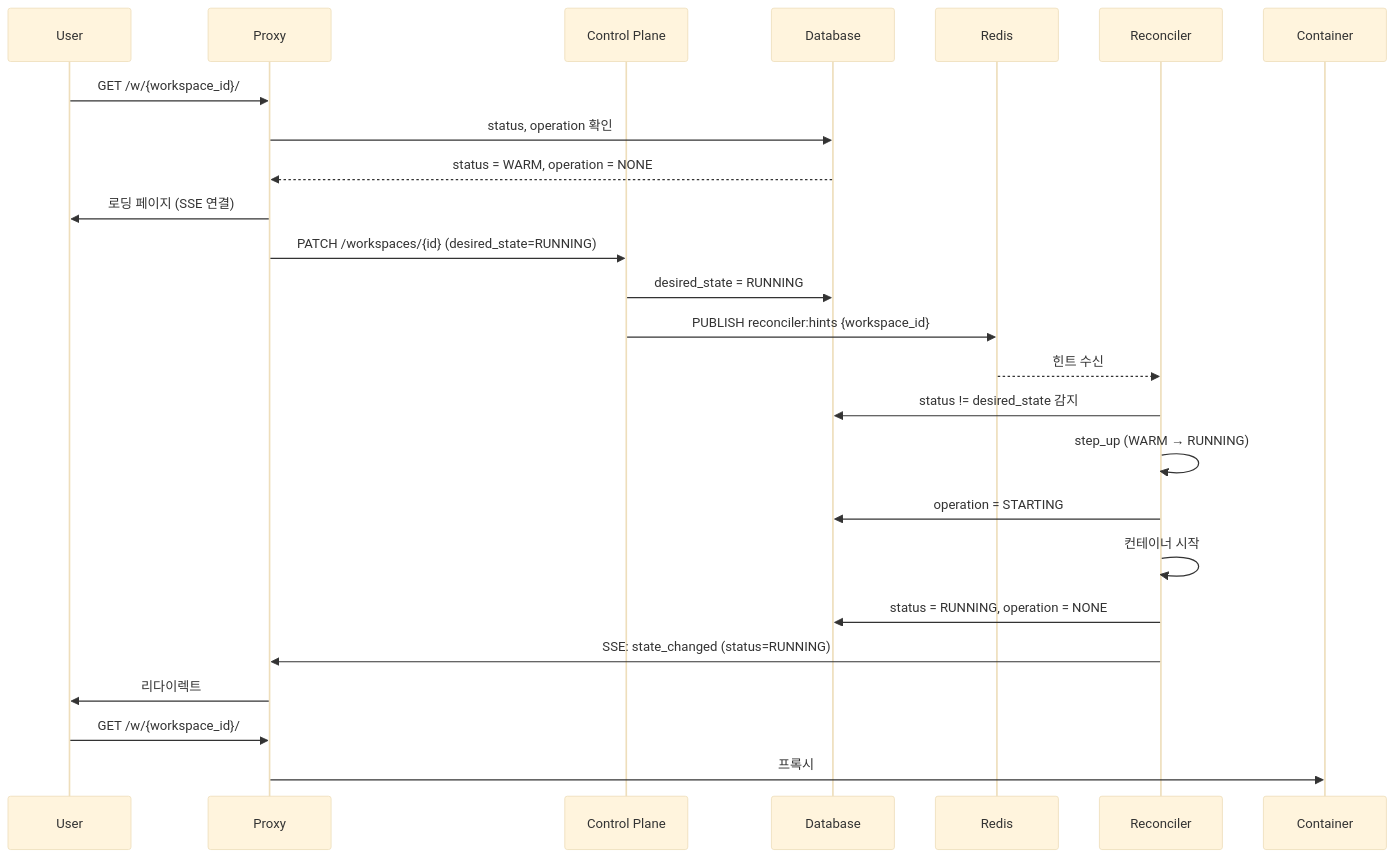
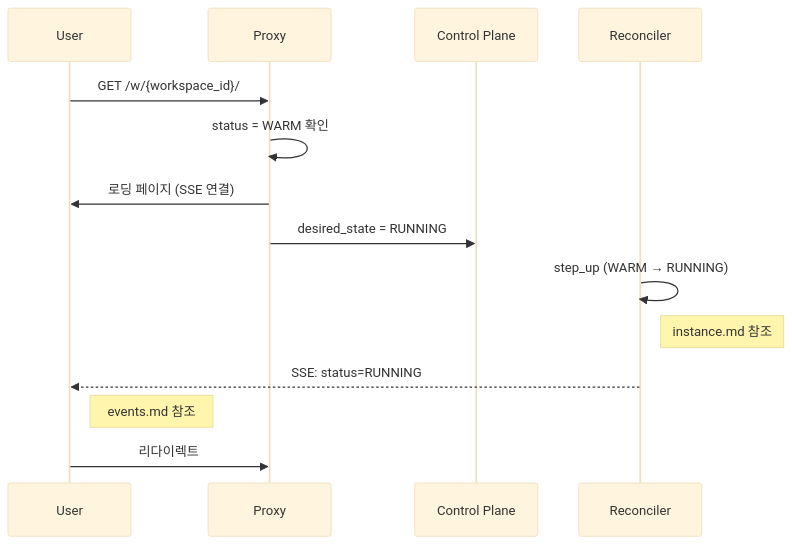
Before and after one commit to cagojeiger/code-hub: the second of 9 diagrams in docs/spec_v2/flows.md, drawn with Mermaid (base theme). The commit also changed other lines of this file and 6 other files, not shown here.

First line of the commit message:
docs(spec_v2): refactor into layered architecture

````diff
--- a/docs/spec_v2/flows.md
+++ b/docs/spec_v2/flows.md
@@ -64,30 +54,19 @@
 ```mermaid
 sequenceDiagram
     participant U as User
     participant P as Proxy
     participant API as Control Plane
-    participant DB as Database
-    participant Redis as Redis
     participant R as Reconciler
 
     U->>P: GET /w/{workspace_id}/
-    P->>DB: status, operation 확인
-    DB-->>P: status = WARM, operation = NONE
+    P->>P: status = WARM 확인
+    P->>U: 로딩 페이지 (SSE 연결)
+    P->>API: desired_state = RUNNING
 
-    P->>U: 로딩 페이지 (SSE 연결)
-    P->>API: PATCH /workspaces/{id} (desired_state=RUNNING)
-    API->>DB: desired_state = RUNNING
-    API->>Redis: PUBLISH reconciler:hints {workspace_id}
+    R->>R: step_up (WARM → RUNNING)
+    Note right of R: instance.md 참조
 
-    Redis-->>R: 힌트 수신
-    R->>DB: status != desired_state 감지
-    R->>R: step_up (WARM → RUNNING)
-    R->>DB: operation = STARTING
-    R->>R: 컨테이너 시작
-    R->>DB: status = RUNNING, operation = NONE
-
-    R->>P: SSE: state_changed (status=RUNNING)
-    P->>U: 리다이렉트
-    U->>P: GET /w/{workspace_id}/
-    P->>Container: 프록시
+    R-->>U: SSE: status=RUNNING
+    Note right of U: events.md 참조
+    U->>P: 리다이렉트
 ```
````
